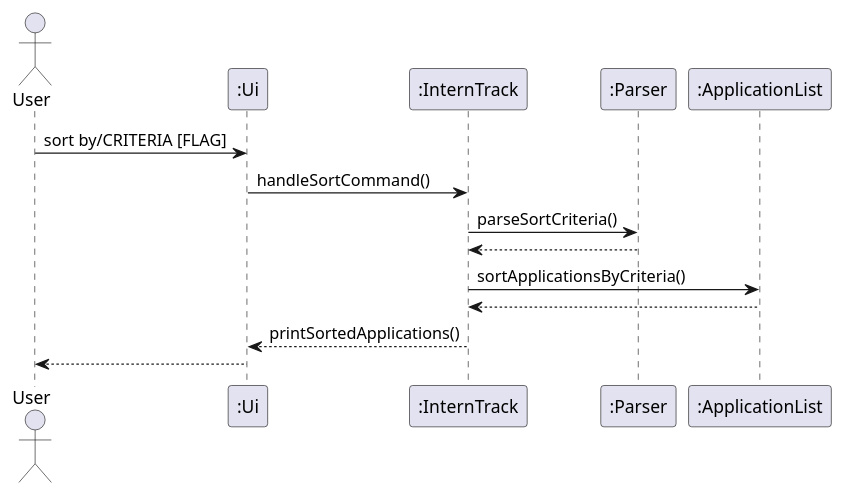
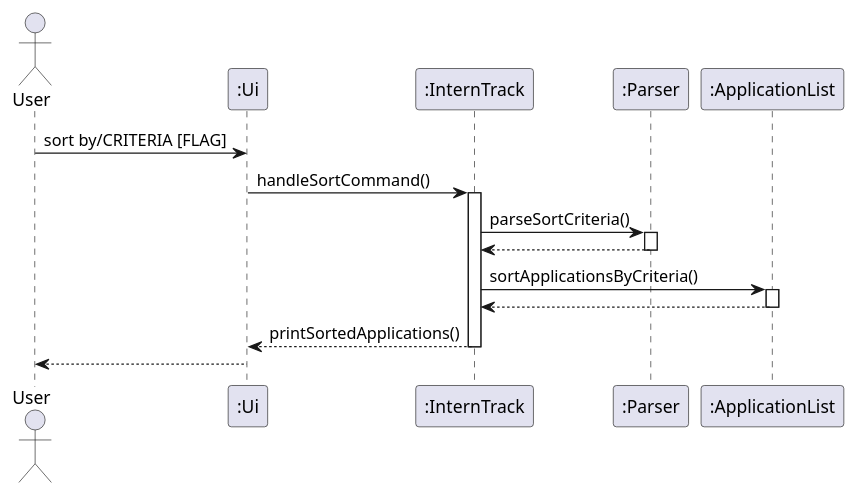
One commit to BaoLam194/tp changed the diagram in docs/diagrams/sort_sequence_diag.puml. Above: the diagram before and after it, drawn with PlantUML. The commit also changed 4 other files, not shown here.

Commit message:
fix list and sort sequence diagram, architecture diagram

```diff
--- a/docs/diagrams/sort_sequence_diag.puml
+++ b/docs/diagrams/sort_sequence_diag.puml
@@ -1,16 +1,22 @@
 @startuml
 actor User
 participant ":Ui" as  Ui
 participant ":InternTrack" as InternTrack
 participant ":Parser" as Parser
 participant ":ApplicationList" as ApplicationList
 
 User -> Ui : sort by/CRITERIA [FLAG]
 Ui -> InternTrack : handleSortCommand()
+activate InternTrack
 InternTrack -> Parser : parseSortCriteria()
+activate Parser
 Parser --> InternTrack :
+deactivate Parser
 InternTrack -> ApplicationList : sortApplicationsByCriteria()
+activate ApplicationList
 ApplicationList --> InternTrack
+deactivate ApplicationList
 InternTrack -->Ui :printSortedApplications()
+deactivate InternTrack
 Ui-->User
 @enduml
```
